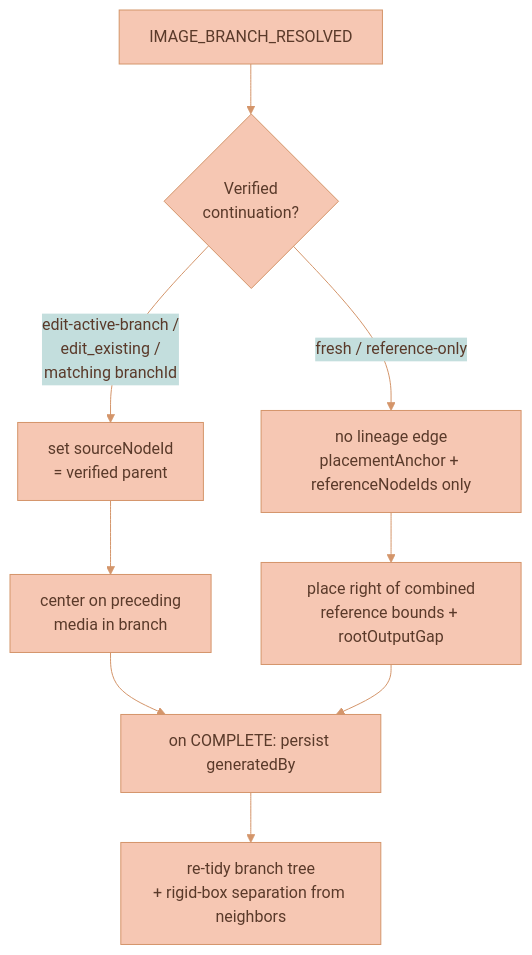
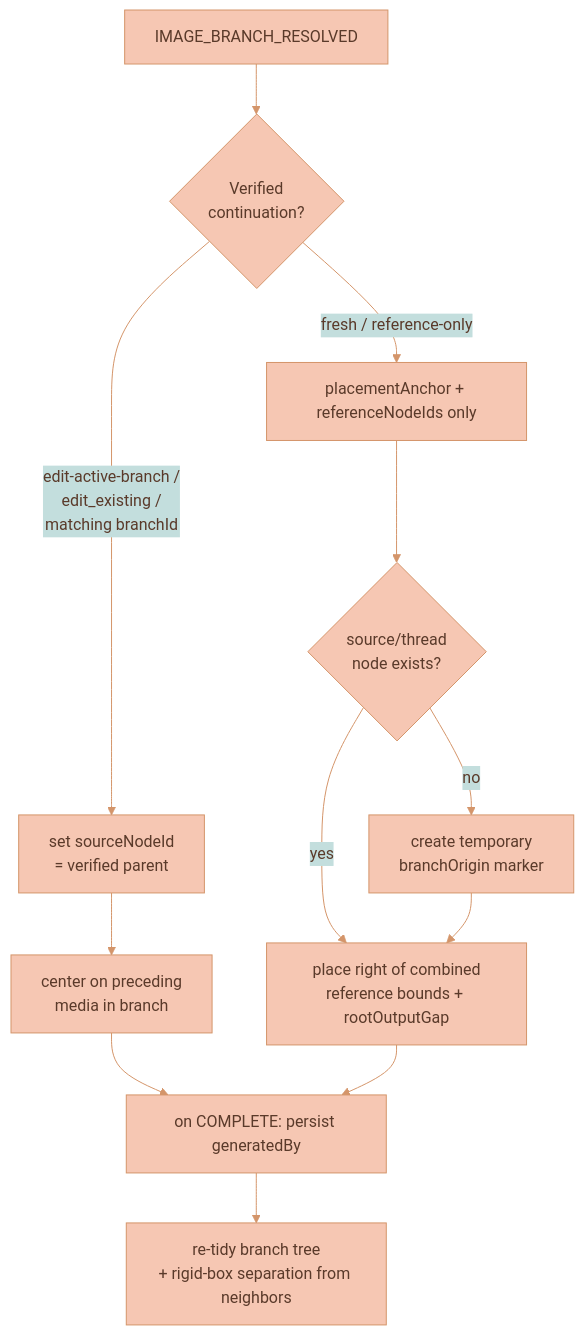
One commit to Lixpi/lixpi changed the third of 3 diagrams in documentation/media-generation/BRANCH-LINEAGE.md. Above: the diagram before and after it, drawn with Mermaid. The commit also changed other lines of this file and 5 other files, not shown here.

Commit message:
LIX-232 Add temporary branch origin marker

````diff
--- a/documentation/media-generation/BRANCH-LINEAGE.md
+++ b/documentation/media-generation/BRANCH-LINEAGE.md
@@ -415,12 +416,15 @@
 ```mermaid
 %%{init: {'theme': 'base', 'themeVariables': { 'primaryColor': '#F6C7B3', 'primaryTextColor': '#5a3a2a', 'primaryBorderColor': '#d4956a', 'secondaryColor': '#C3DEDD', 'secondaryTextColor': '#1a3a47', 'secondaryBorderColor': '#4a8a9d', 'tertiaryColor': '#DCECE9', 'tertiaryTextColor': '#1a3a47', 'tertiaryBorderColor': '#82B2C0', 'lineColor': '#d4956a', 'textColor': '#5a3a2a'}}}%%
 flowchart TB
     Resolved[IMAGE_BRANCH_RESOLVED] --> Decide{Verified<br/>continuation?}
     Decide -->|edit-active-branch /<br/>edit_existing /<br/>matching branchId| Lineage[set sourceNodeId<br/>= verified parent]
-    Decide -->|fresh / reference-only| NoLineage[no lineage edge<br/>placementAnchor + referenceNodeIds only]
+    Decide -->|fresh / reference-only| NoLineage[placementAnchor + referenceNodeIds only]
+    NoLineage --> Origin{source/thread<br/>node exists?}
+    Origin -->|no| Marker[create temporary<br/>branchOrigin marker]
+    Origin -->|yes| PlaceR[place right of combined<br/>reference bounds + rootOutputGap]
     Lineage --> PlaceL[center on preceding<br/>media in branch]
-    NoLineage --> PlaceR[place right of combined<br/>reference bounds + rootOutputGap]
+    Marker --> PlaceR
     PlaceL --> Complete[on COMPLETE: persist generatedBy]
     PlaceR --> Complete
     Complete --> Rebalance[re-tidy branch tree<br/>+ rigid-box separation from neighbors]
 ```
````
